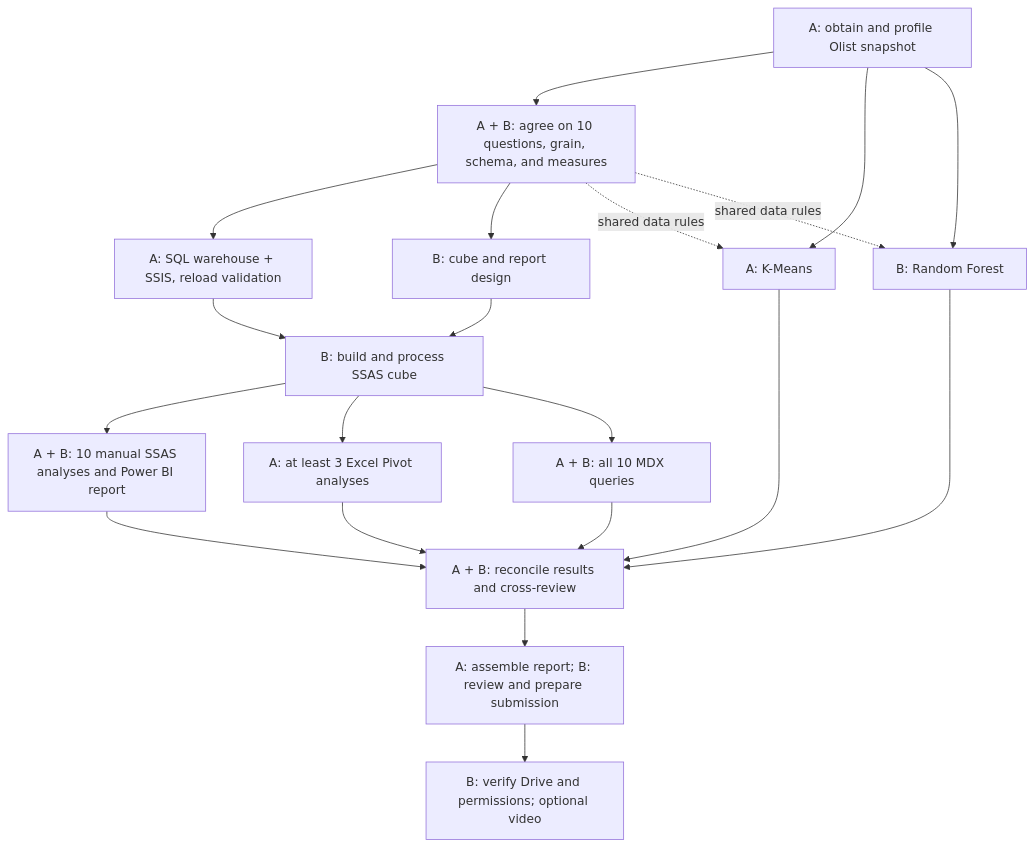
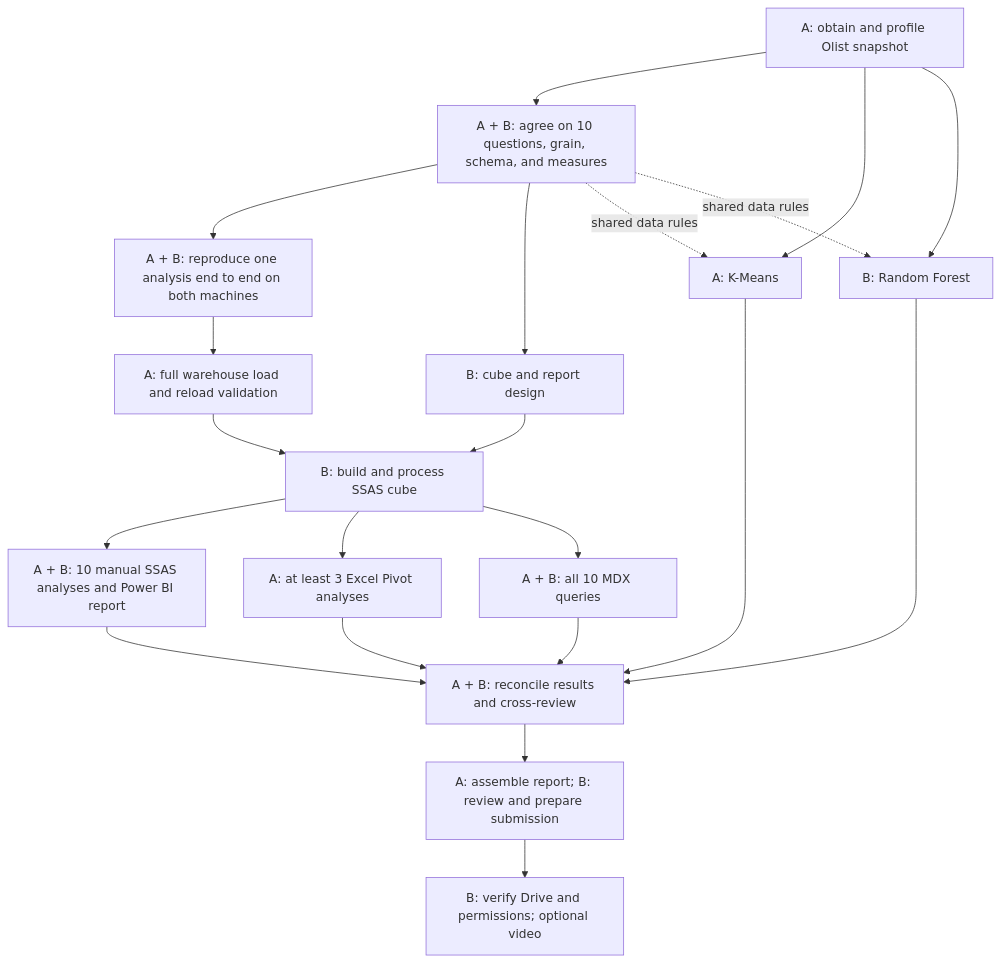
The diagram in PROJECT_PLAN.md (shinjo124/BI-DSS-Olist), drawn with Mermaid before and after one commit. The commit also changed other lines of this file and 2 other files, not shown here.

````diff
--- a/PROJECT_PLAN.md
+++ b/PROJECT_PLAN.md
@@ -7,22 +7,23 @@
 ```mermaid
 flowchart TD
     D["A: obtain and profile Olist snapshot"] --> S["A + B: agree on 10 questions, grain, schema, and measures"]
-    S --> E["A: SQL warehouse + SSIS, reload validation"]
+    S --> T["A + B: reproduce one analysis end to end on both machines"]
+    T --> E["A: full warehouse load and reload validation"]
     S --> P["B: cube and report design"]
     E --> C["B: build and process SSAS cube"]
     P --> C
     C --> V["A + B: 10 manual SSAS analyses and Power BI report"]
     C --> X["A: at least 3 Excel Pivot analyses"]
     C --> M["A + B: all 10 MDX queries"]
     D --> K["A: K-Means"]
     D --> R["B: Random Forest"]
     S -. "shared data rules" .-> K
     S -. "shared data rules" .-> R
     V --> Q["A + B: reconcile results and cross-review"]
     X --> Q
     M --> Q
     K --> Q
     R --> Q
     Q --> N["A: assemble report; B: review and prepare submission"]
     N --> Z["B: verify Drive and permissions; optional video"]
 ```
````
